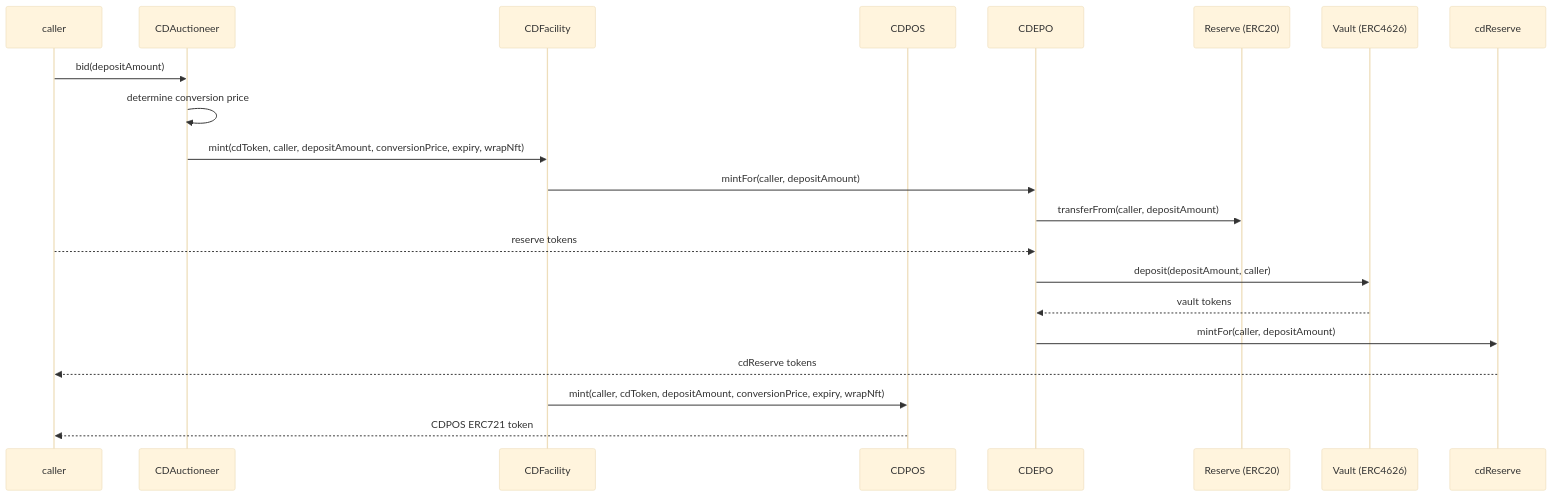
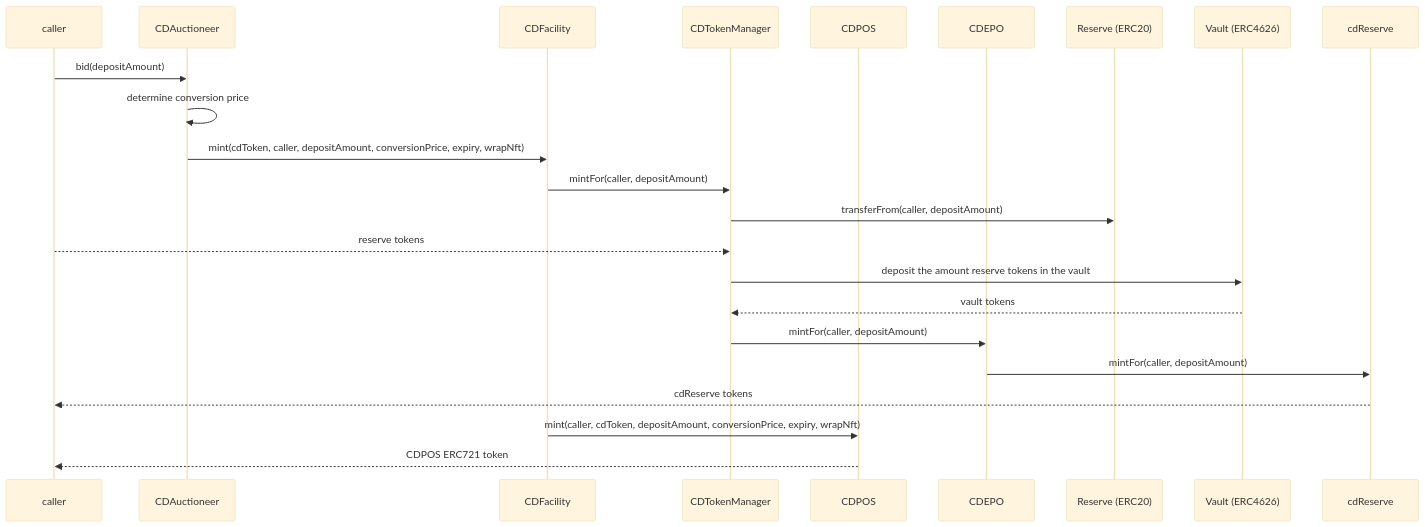
Before and after one commit to OlympusDAO/olympus-v3: the third of 7 diagrams in audit/2025-01_convertible-deposits/README.md, drawn with Mermaid (base theme). The commit also changed other lines of this file, not shown here.

````diff
--- a/audit/2025-01_convertible-deposits/README.md
+++ b/audit/2025-01_convertible-deposits/README.md
@@ -244,24 +259,26 @@
 ```mermaid
 sequenceDiagram
     participant caller
     participant CDAuctioneer
     participant CDFacility
+    participant CDTokenManager
     participant CDPOS
     participant CDEPO
     participant ReserveToken as Reserve (ERC20)
     participant VaultToken as Vault (ERC4626)
     participant cdReserve
 
     caller->>CDAuctioneer: bid(depositAmount)
     CDAuctioneer->>CDAuctioneer: determine conversion price
     CDAuctioneer->>CDFacility: mint(cdToken, caller, depositAmount, conversionPrice, expiry, wrapNft)
-    CDFacility->>CDEPO: mintFor(caller, depositAmount)
-    CDEPO->>ReserveToken: transferFrom(caller, depositAmount)
-    caller-->>CDEPO: reserve tokens
-    CDEPO->>VaultToken: deposit(depositAmount, caller)
-    VaultToken-->>CDEPO: vault tokens
+    CDFacility->>CDTokenManager: mintFor(caller, depositAmount)
+    CDTokenManager->>ReserveToken: transferFrom(caller, depositAmount)
+    caller-->>CDTokenManager: reserve tokens
+    CDTokenManager->>VaultToken: deposit the amount reserve tokens in the vault
+    VaultToken-->>CDTokenManager: vault tokens
+    CDTokenManager->>CDEPO: mintFor(caller, depositAmount)
     CDEPO->>cdReserve: mintFor(caller, depositAmount)
     cdReserve-->>caller: cdReserve tokens
     CDFacility->>CDPOS: mint(caller, cdToken, depositAmount, conversionPrice, expiry, wrapNft)
     CDPOS-->>caller: CDPOS ERC721 token
 ```
````
